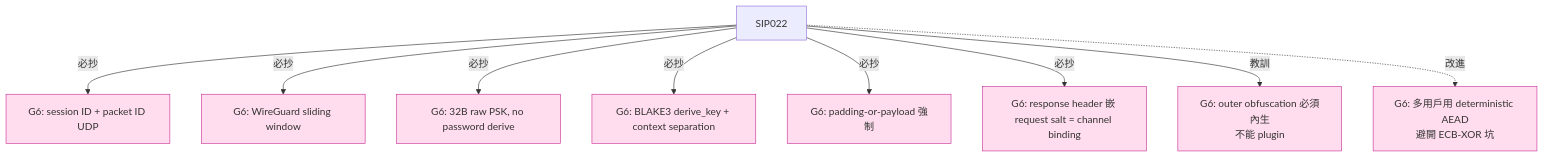
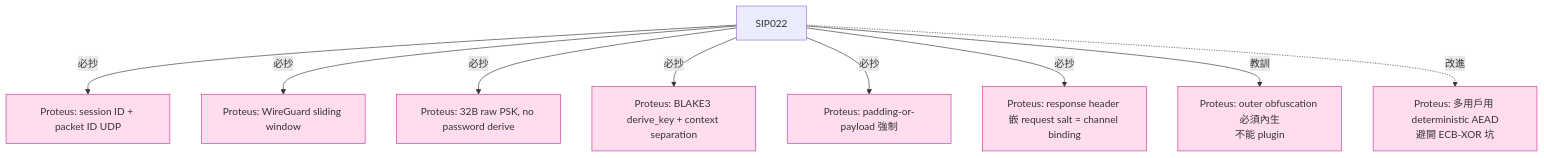
One commit to Icarus603/network-from-scratch changed the second of 2 diagrams in lessons/part-7-proxy-protocols/7.4-shadowsocks-2022.md. Above: the diagram before and after it, drawn with Mermaid. The commit also changed other lines of this file and 300 other files, not shown here.

````diff
--- a/lessons/part-7-proxy-protocols/7.4-shadowsocks-2022.md
+++ b/lessons/part-7-proxy-protocols/7.4-shadowsocks-2022.md
@@ -456,14 +456,14 @@
 ```mermaid
 flowchart TD
-    SIP022[SIP022] -- 必抄 --> G_SESS[G6: session ID + packet ID UDP]
-    SIP022 -- 必抄 --> G_REPLAY[G6: WireGuard sliding window]
-    SIP022 -- 必抄 --> G_PSK[G6: 32B raw PSK, no password derive]
-    SIP022 -- 必抄 --> G_KDF[G6: BLAKE3 derive_key + context separation]
-    SIP022 -- 必抄 --> G_PAD[G6: padding-or-payload 強制]
-    SIP022 -- 必抄 --> G_CB[G6: response header 嵌 request salt = channel binding]
-    SIP022 -- 教訓 --> G_OBF[G6: outer obfuscation 必須內生<br/>不能 plugin]
-    SIP022 -. 改進 .-> G_EIH[G6: 多用戶用 deterministic AEAD<br/>避開 ECB-XOR 坑]
+    SIP022[SIP022] -- 必抄 --> G_SESS[Proteus: session ID + packet ID UDP]
+    SIP022 -- 必抄 --> G_REPLAY[Proteus: WireGuard sliding window]
+    SIP022 -- 必抄 --> G_PSK[Proteus: 32B raw PSK, no password derive]
+    SIP022 -- 必抄 --> G_KDF[Proteus: BLAKE3 derive_key + context separation]
+    SIP022 -- 必抄 --> G_PAD[Proteus: padding-or-payload 強制]
+    SIP022 -- 必抄 --> G_CB[Proteus: response header 嵌 request salt = channel binding]
+    SIP022 -- 教訓 --> G_OBF[Proteus: outer obfuscation 必須內生<br/>不能 plugin]
+    SIP022 -. 改進 .-> G_EIH[Proteus: 多用戶用 deterministic AEAD<br/>避開 ECB-XOR 坑]
 
     classDef ours fill:#fde,stroke:#c39
     class G_SESS,G_REPLAY,G_PSK,G_KDF,G_PAD,G_CB,G_OBF,G_EIH ours
 ```
````
